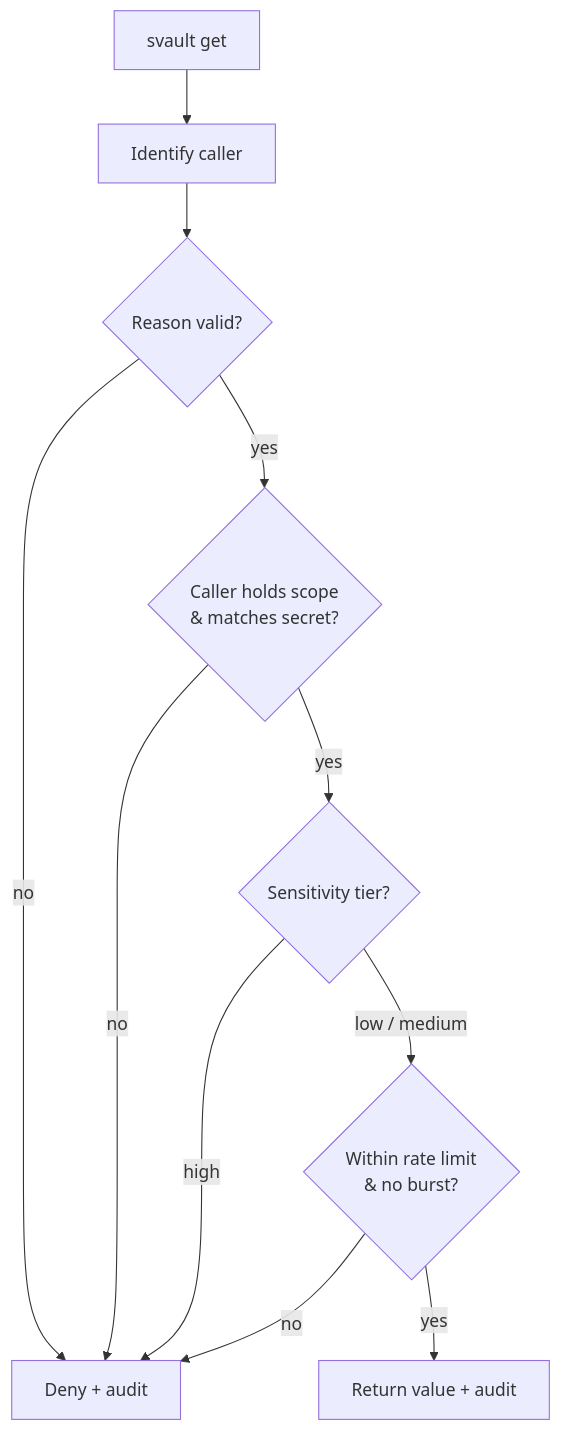
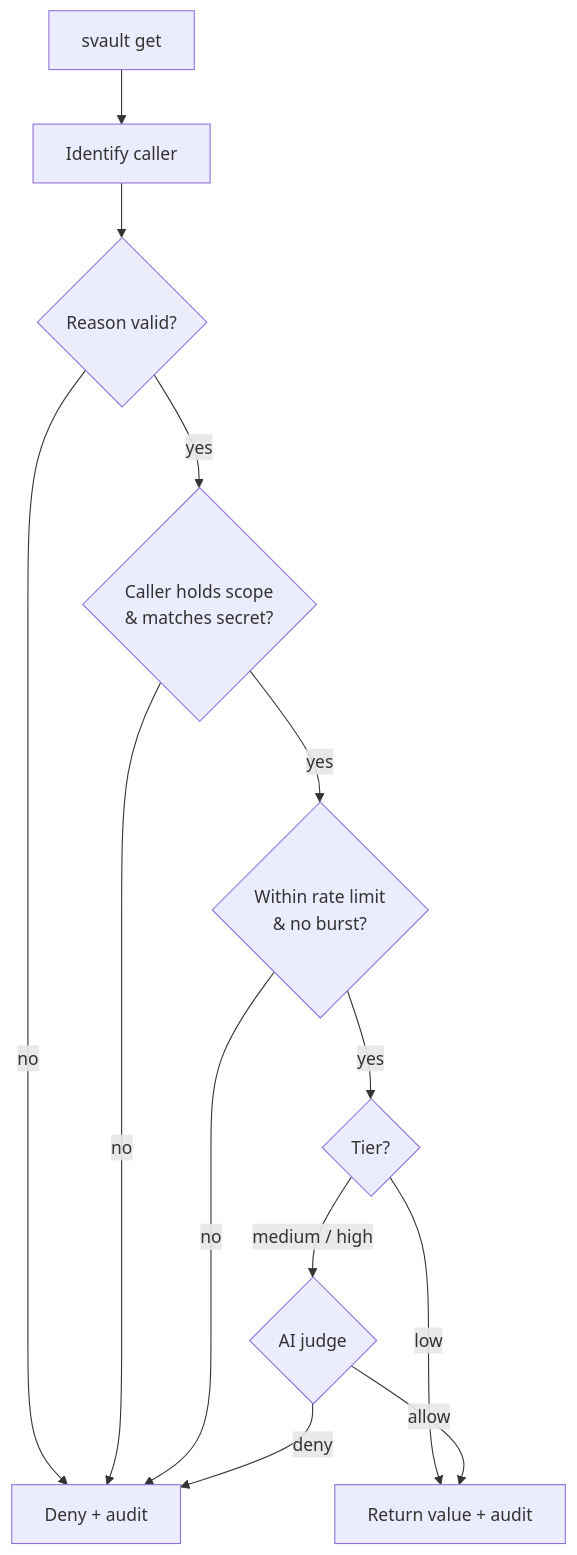
One commit to nim444/Svault changed the second of 3 diagrams in README.md. Above: the diagram before and after it, drawn with Mermaid. The commit also changed other lines of this file and 18 other files, not shown here.

````diff
--- a/README.md
+++ b/README.md
@@ -119,13 +119,15 @@
 ```mermaid
 flowchart TD
     REQ["svault get"] --> ID["Identify caller"]
     ID --> RSN{"Reason valid?"}
     RSN -->|no| DENY["Deny + audit"]
     RSN -->|yes| CAP{"Caller holds scope<br/>& matches secret?"}
     CAP -->|no| DENY
-    CAP -->|yes| TIER{"Sensitivity tier?"}
-    TIER -->|high| DENY
-    TIER -->|low / medium| RATE{"Within rate limit<br/>& no burst?"}
+    CAP -->|yes| RATE{"Within rate limit<br/>& no burst?"}
     RATE -->|no| DENY
-    RATE -->|yes| ALLOW["Return value + audit"]
+    RATE -->|yes| TIER{"Tier?"}
+    TIER -->|low| ALLOW["Return value + audit"]
+    TIER -->|medium / high| JUDGE{"AI judge"}
+    JUDGE -->|allow| ALLOW
+    JUDGE -->|deny| DENY
 ```
````
